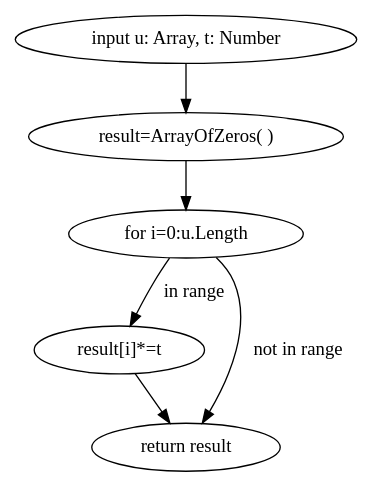
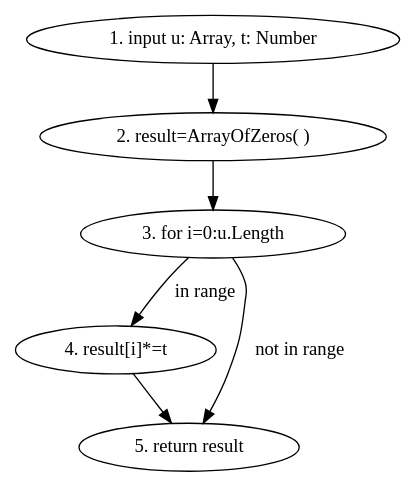
Before and after one commit to drakexcaptainop/p5t: the diagram in test_graphs/scripts/vector/arrayMult.dot, drawn with Graphviz. The commit also changed 46 other files, not shown here.

Commit message:
scripts for graphs

```diff
--- a/test_graphs/scripts/vector/arrayMult.dot
+++ b/test_graphs/scripts/vector/arrayMult.dot
@@ -1,11 +1,11 @@
 digraph G {
-    INP [label="input u: Array, t: Number"]
-    RES [label="result=ArrayOfZeros( )"]
-    FOR [label="for i=0:u.Length"]
-    ADD [label="result[i]*=t"]
-    RET [label="return result"]
+    INP [label="1. input u: Array, t: Number"]
+    RES [label="2. result=ArrayOfZeros( )"]
+    FOR [label="3. for i=0:u.Length"]
+    ADD [label="4. result[i]*=t"]
+    RET [label="5. return result"]
     INP -> RES -> FOR 
     FOR -> RET [label="not in range"]
     FOR -> ADD [label="in range"]
     ADD -> RET 
 }
```
